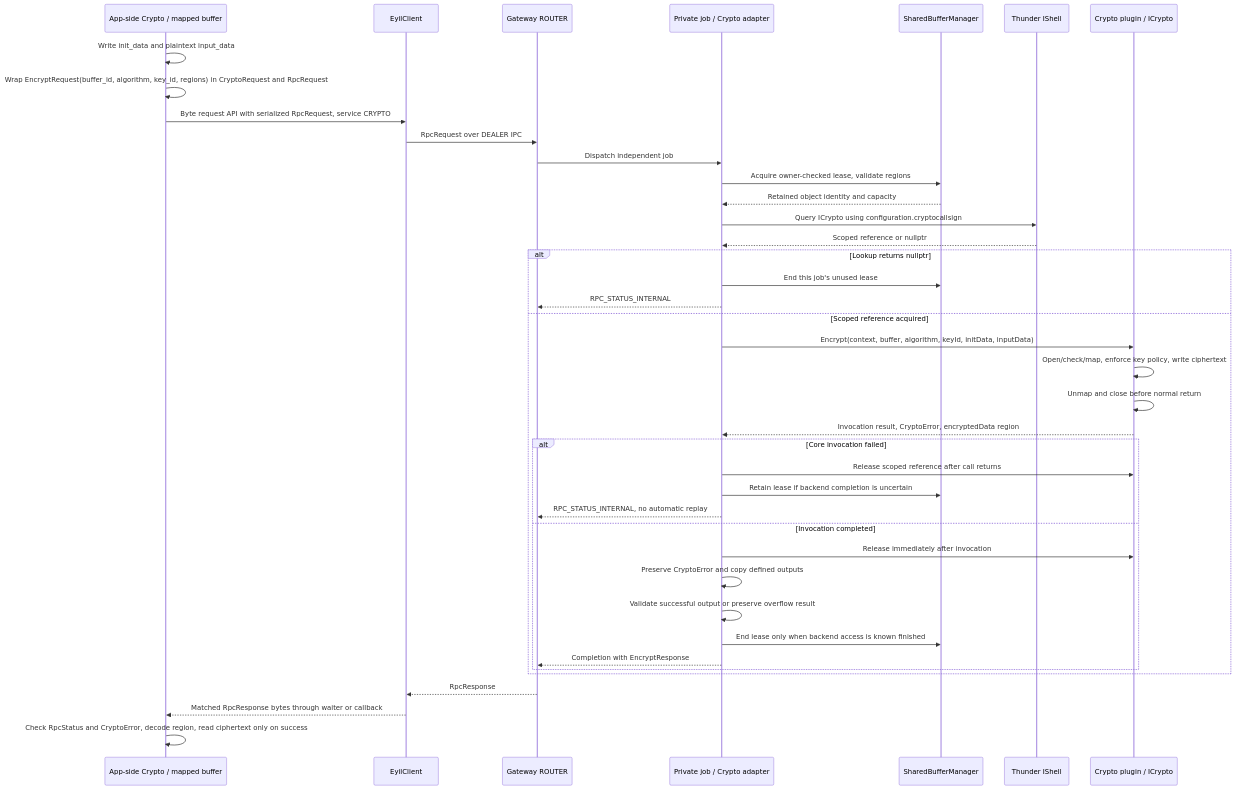
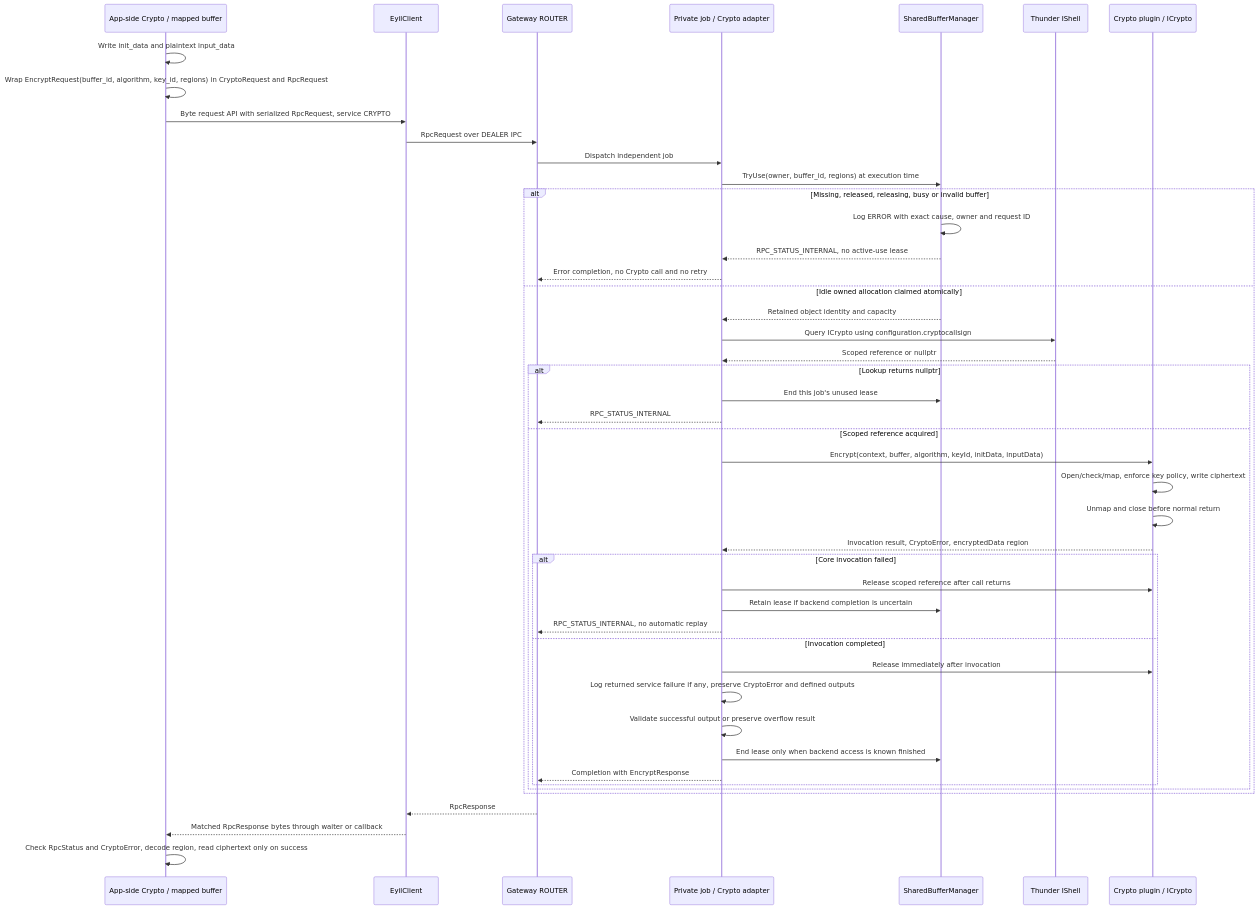
Before and after one commit to rdkcentral/eyil-secure-gateway: diagram 23 of 36 in doc/EyilSecureGateway.md, drawn with Mermaid. The commit also changed other lines of this file and 2 other files, not shown here.

````diff
--- a/doc/EyilSecureGateway.md
+++ b/doc/EyilSecureGateway.md
@@ -3489,42 +3559,48 @@
 ```mermaid
 sequenceDiagram
     participant A as App-side Crypto / mapped buffer
     participant L as EyilClient
     participant R as Gateway ROUTER
     participant J as Private job / Crypto adapter
     participant B as SharedBufferManager
     participant T as Thunder IShell
     participant C as Crypto plugin / ICrypto
     A->>A: Write init_data and plaintext input_data
     A->>A: Wrap EncryptRequest(buffer_id, algorithm, key_id, regions) in CryptoRequest and RpcRequest
     A->>L: Byte request API with serialized RpcRequest, service CRYPTO
     L->>R: RpcRequest over DEALER IPC
     R->>J: Dispatch independent job
-    J->>B: Acquire owner-checked lease, validate regions
-    B-->>J: Retained object identity and capacity
-    J->>T: Query ICrypto using configuration.cryptocallsign
-    T-->>J: Scoped reference or nullptr
-    alt Lookup returns nullptr
-        J->>B: End this job's unused lease
-        J-->>R: RPC_STATUS_INTERNAL
-    else Scoped reference acquired
-        J->>C: Encrypt(context, buffer, algorithm, keyId, initData, inputData)
-        C->>C: Open/check/map, enforce key policy, write ciphertext
-        C->>C: Unmap and close before normal return
-        C-->>J: Invocation result, CryptoError, encryptedData region
-        alt Core invocation failed
-            J->>C: Release scoped reference after call returns
-            J->>B: Retain lease if backend completion is uncertain
-            J-->>R: RPC_STATUS_INTERNAL, no automatic replay
-        else Invocation completed
-            J->>C: Release immediately after invocation
-            J->>J: Preserve CryptoError and copy defined outputs
-            J->>J: Validate successful output or preserve overflow result
-            J->>B: End lease only when backend access is known finished
-            J-->>R: Completion with EncryptResponse
+    J->>B: TryUse(owner, buffer_id, regions) at execution time
+    alt Missing, released, releasing, busy or invalid buffer
+        B->>B: Log ERROR with exact cause, owner and request ID
+        B-->>J: RPC_STATUS_INTERNAL, no active-use lease
+        J-->>R: Error completion, no Crypto call and no retry
+    else Idle owned allocation claimed atomically
+        B-->>J: Retained object identity and capacity
+        J->>T: Query ICrypto using configuration.cryptocallsign
+        T-->>J: Scoped reference or nullptr
+        alt Lookup returns nullptr
+            J->>B: End this job's unused lease
+            J-->>R: RPC_STATUS_INTERNAL
+        else Scoped reference acquired
+            J->>C: Encrypt(context, buffer, algorithm, keyId, initData, inputData)
+            C->>C: Open/check/map, enforce key policy, write ciphertext
+            C->>C: Unmap and close before normal return
+            C-->>J: Invocation result, CryptoError, encryptedData region
+            alt Core invocation failed
+                J->>C: Release scoped reference after call returns
+                J->>B: Retain lease if backend completion is uncertain
+                J-->>R: RPC_STATUS_INTERNAL, no automatic replay
+            else Invocation completed
+                J->>C: Release immediately after invocation
+                J->>J: Log returned service failure if any, preserve CryptoError and defined outputs
+                J->>J: Validate successful output or preserve overflow result
+                J->>B: End lease only when backend access is known finished
+                J-->>R: Completion with EncryptResponse
+            end
         end
     end
     R-->>L: RpcResponse
     L-->>A: Matched RpcResponse bytes through waiter or callback
     A->>A: Check RpcStatus and CryptoError, decode region, read ciphertext only on success
 ```
````
